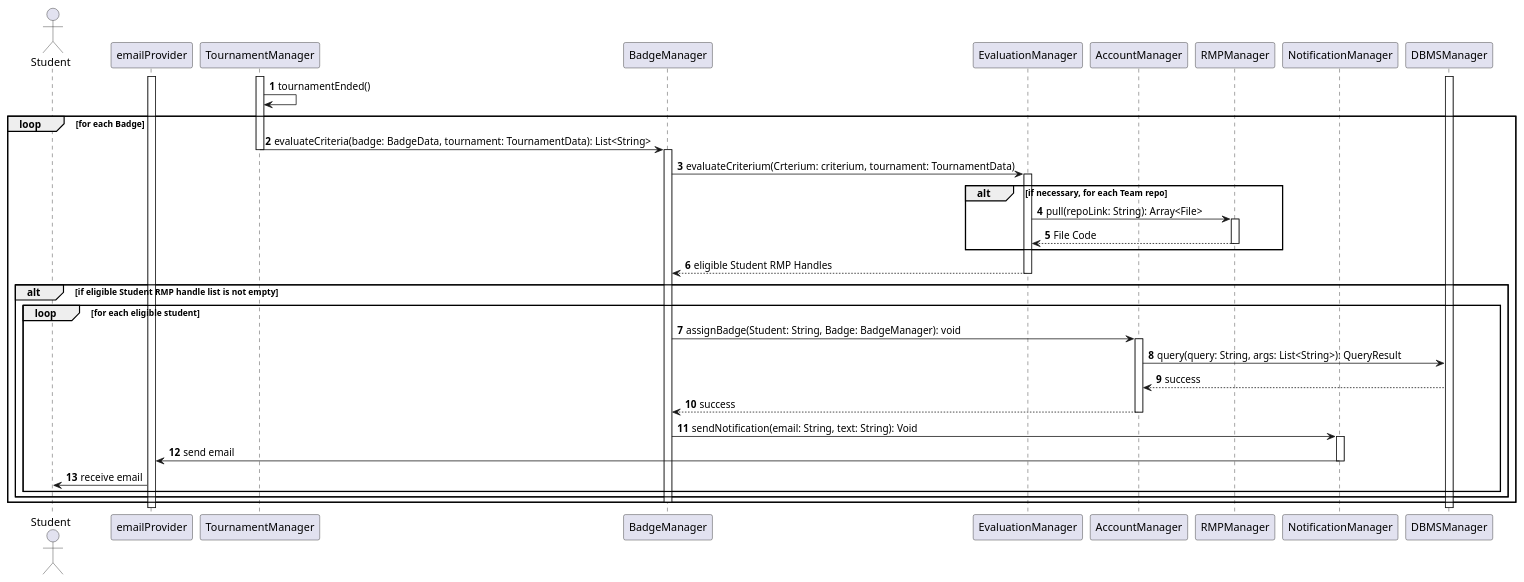
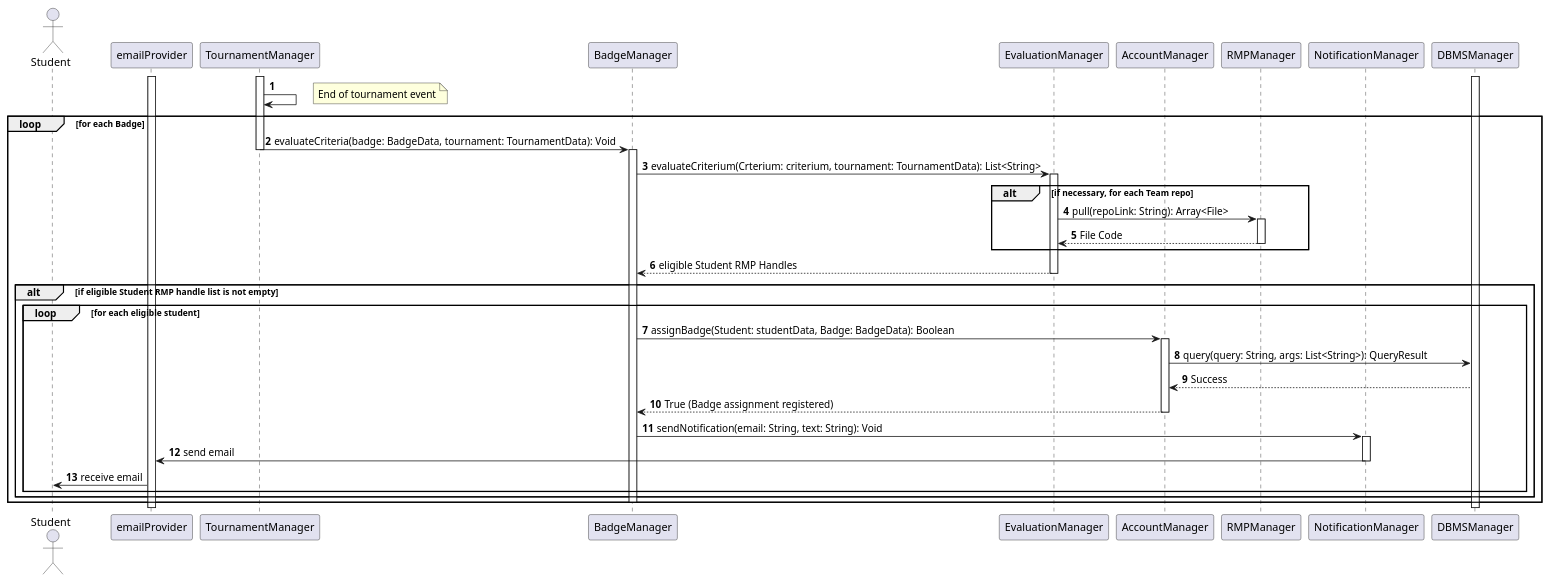
One commit to Angelo7672/SE2_Requirement-and-Design-Document changed the diagram in _DD/Images/sequenceDiagrams/assignABadge.wsd. Above: the diagram before and after it, drawn with PlantUML. The commit also changed 8 other files, not shown here.

```diff
--- a/_DD/Images/sequenceDiagrams/assignABadge.wsd
+++ b/_DD/Images/sequenceDiagrams/assignABadge.wsd
@@ -1,57 +1,60 @@
 @startuml
 
 autonumber
 
 actor Student as U
 participant emailProvider as EP
 participant TournamentManager as TM
 participant BadgeManager as BM
 participant EvaluationManager as EM
 
 participant AccountManager as AM
 
 
 participant RMPManager as RMP
 participant NotificationManager as NM
 participant DBMSManager as DB
 
 activate DB
 activate TM
 activate EP
-TM -> TM: tournamentEnded()
+TM -> TM:  
+note right 
+End of tournament event
+end note
 loop for each Badge
-    TM -> BM: evaluateCriteria(badge: BadgeData, tournament: TournamentData): List<String>
+    TM -> BM: evaluateCriteria(badge: BadgeData, tournament: TournamentData): Void
     deactivate TM
     activate BM
-    BM -> EM: evaluateCriterium(Crterium: criterium, tournament: TournamentData)
+    BM -> EM: evaluateCriterium(Crterium: criterium, tournament: TournamentData): List<String>
     activate EM
     alt if necessary, for each Team repo
         EM -> RMP: pull(repoLink: String): Array<File>
         activate RMP
         RMP --> EM: File Code
         deactivate RMP
     end
     EM --> BM: eligible Student RMP Handles
     deactivate EM
     alt if eligible Student RMP handle list is not empty
         loop for each eligible student
-            BM -> AM: assignBadge(Student: String, Badge: BadgeManager): void
+            BM -> AM: assignBadge(Student: studentData, Badge: BadgeData): Boolean
             activate AM
             AM -> DB: query(query: String, args: List<String>): QueryResult
-            DB --> AM: success
-            AM --> BM: success
+            DB --> AM: Success
+            AM --> BM: True (Badge assignment registered)
             deactivate AM
             BM -> NM: sendNotification(email: String, text: String): Void
             activate NM
             NM -> EP: send email
             deactivate NM
             EP -> U: receive email
         end
     end
     deactivate BM
 end
 deactivate TM
 deactivate DB
 deactivate EP
 
 @enduml
```
